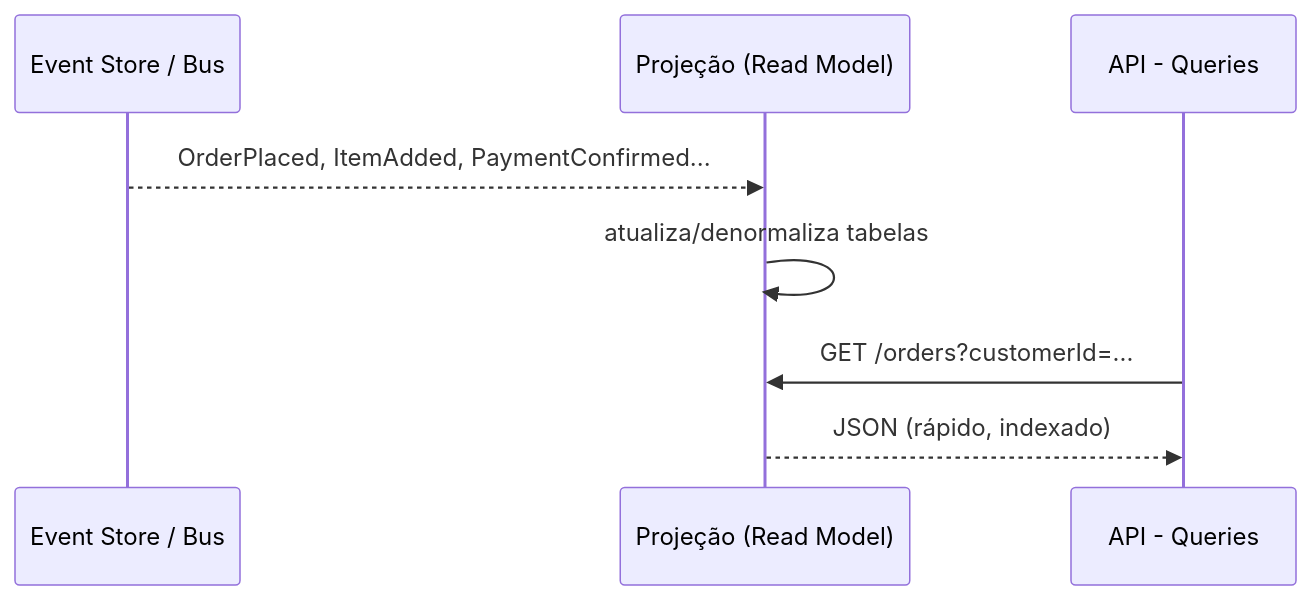
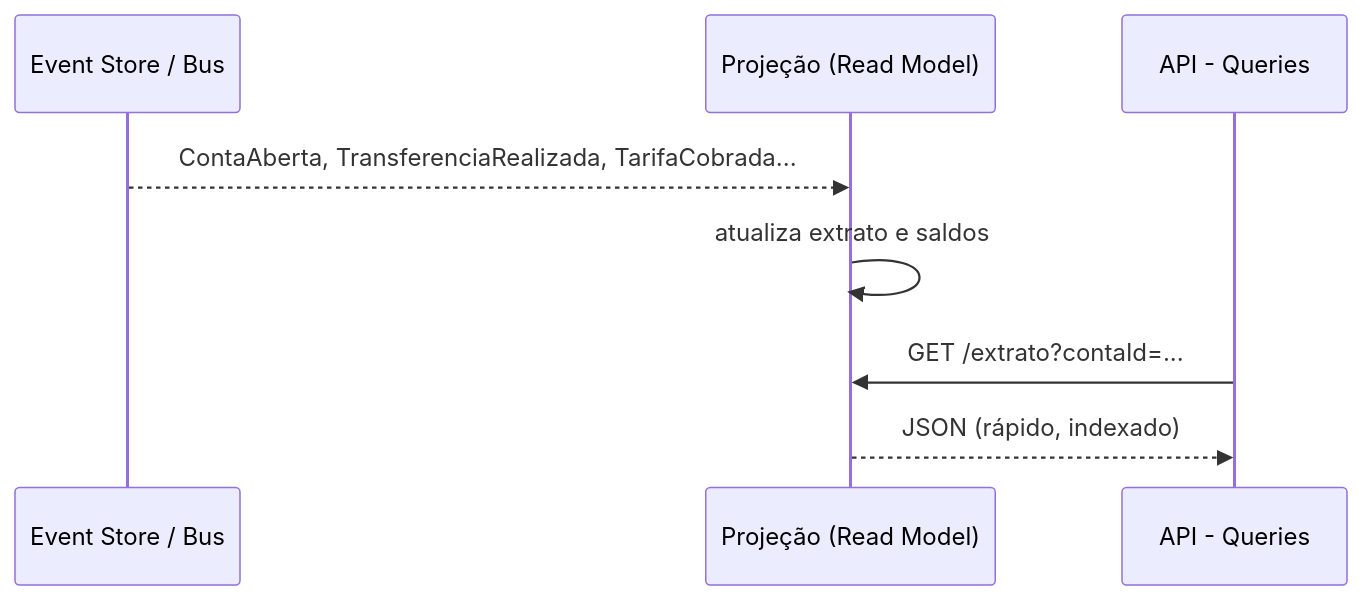
The third of 4 diagrams in src/content/blog/cqrs-event-sourcing-separando-escrita-leitura.md (rafaelsdiasdev/rafaelsdias.dev), drawn with Mermaid before and after one commit. The commit also changed other lines of this file, not shown here.

First line of the commit message:
fix: corrige diagramas para usar somente contexto bancário

````diff
--- a/src/content/blog/cqrs-event-sourcing-separando-escrita-leitura.md
+++ b/src/content/blog/cqrs-event-sourcing-separando-escrita-leitura.md
@@ -136,11 +136,11 @@
 ```mermaid
 sequenceDiagram
     participant ES as Event Store / Bus
     participant PR as Projeção (Read Model)
     participant API as API - Queries
     
-    ES-->>PR: OrderPlaced, ItemAdded, PaymentConfirmed...
-    PR->>PR: atualiza/denormaliza tabelas
-    API->>PR: GET /orders?customerId=...
+    ES-->>PR: ContaAberta, TransferenciaRealizada, TarifaCobrada...
+    PR->>PR: atualiza extrato e saldos
+    API->>PR: GET /extrato?contaId=...
     PR-->>API: JSON (rápido, indexado)
 ```
````
